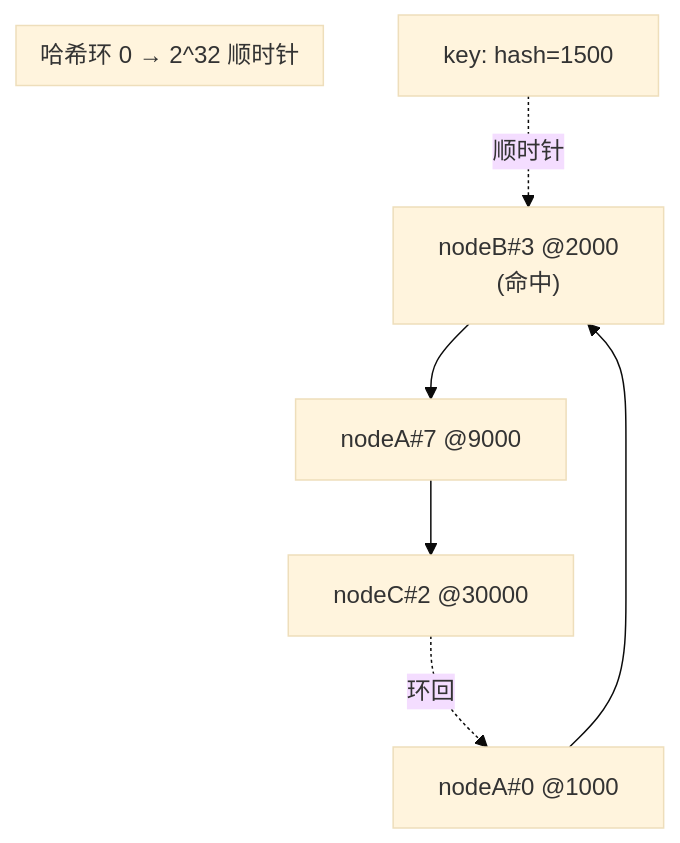
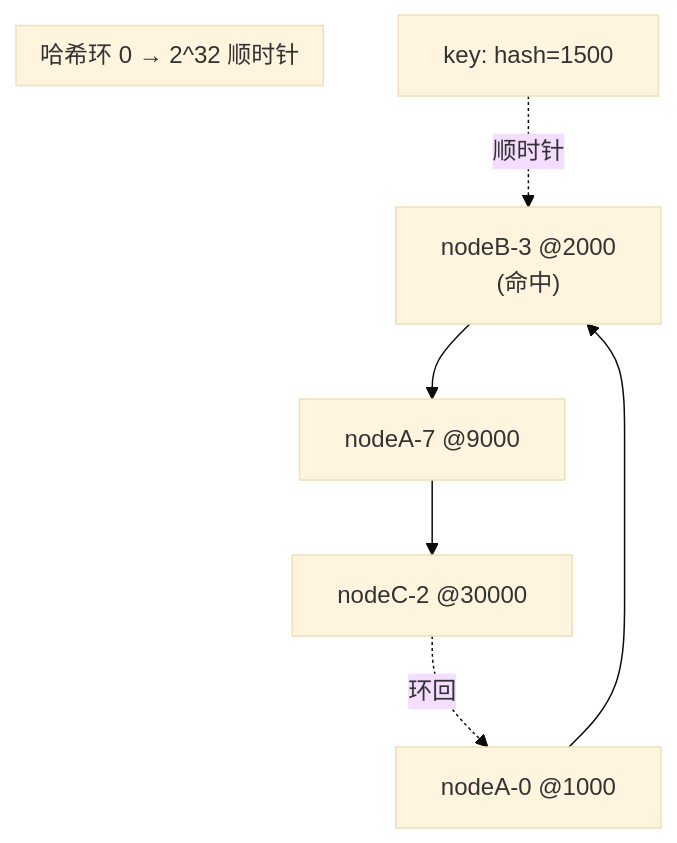
Before and after one commit to m9rco/interview: the first of 4 diagrams in docs/game-infra/consistent-hash-impl.md, drawn with Mermaid (base theme). The commit also changed other lines of this file and 3 other files, not shown here.

````diff
--- a/docs/game-infra/consistent-hash-impl.md
+++ b/docs/game-infra/consistent-hash-impl.md
@@ -86,10 +103,10 @@
 ```mermaid
 graph TD
     subgraph ring["哈希环 0 → 2^32 顺时针"]
     end
     K["key: hash=1500"] -.顺时针.-> B
-    A["nodeA#0 @1000"] --> B["nodeB#3 @2000<br/>(命中)"]
-    B --> C["nodeA#7 @9000"]
-    C --> D["nodeC#2 @30000"]
+    A["nodeA-0 @1000"] --> B["nodeB-3 @2000<br/>(命中)"]
+    B --> C["nodeA-7 @9000"]
+    C --> D["nodeC-2 @30000"]
     D -.环回.-> A
 ```
````
